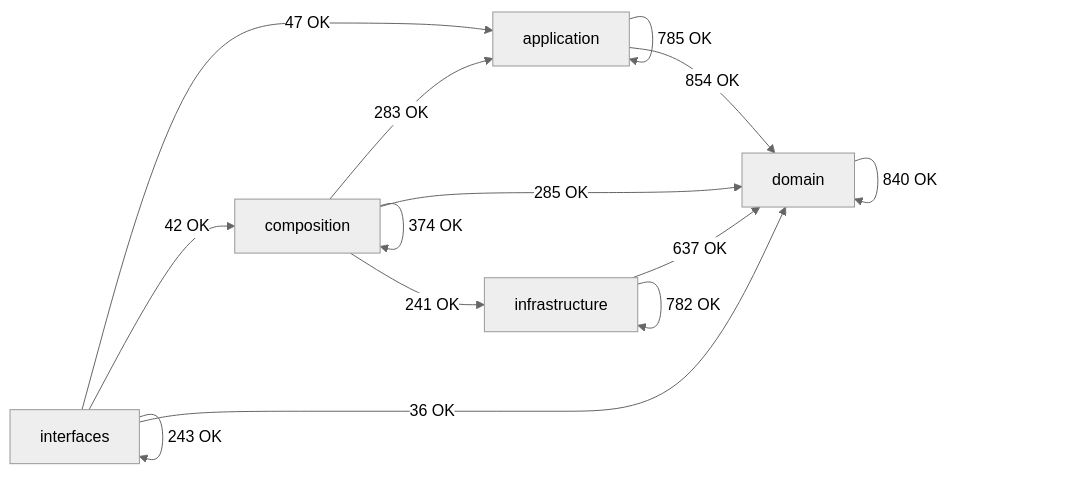
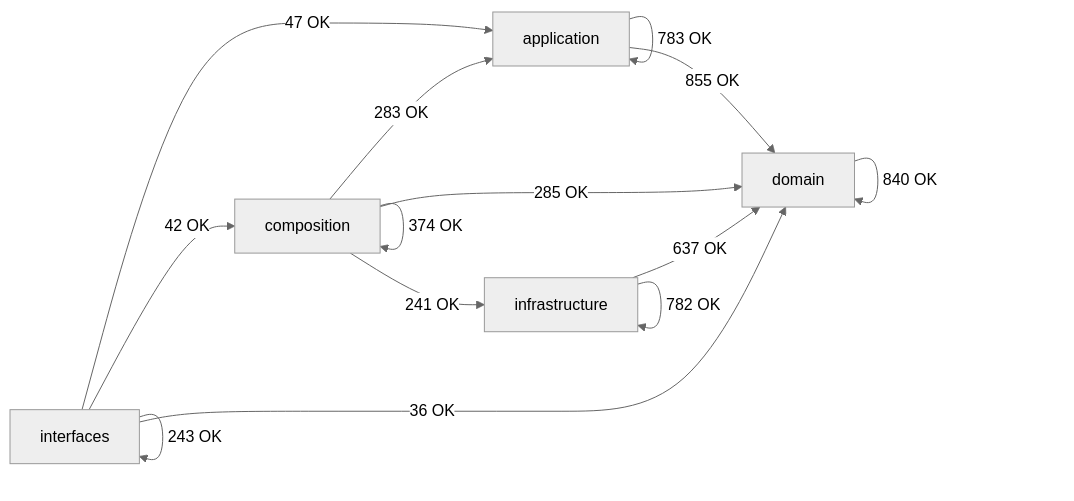
One commit to SatoryKono/BioactivityDataAcquisition changed the diagram in docs/02-architecture/generated/module-dependency-map.md. Above: the diagram before and after it, drawn with Mermaid (neutral theme). The commit also changed other lines of this file and 74 other files, not shown here.

````diff
--- a/docs/02-architecture/generated/module-dependency-map.md
+++ b/docs/02-architecture/generated/module-dependency-map.md
@@ -26,21 +26,21 @@
 ```mermaid
 flowchart LR
     domain[domain]
     application[application]
     infrastructure[infrastructure]
     composition[composition]
     interfaces[interfaces]
-    application -->|785 OK| application
-    application -->|854 OK| domain
+    application -->|783 OK| application
+    application -->|855 OK| domain
     composition -->|283 OK| application
     composition -->|374 OK| composition
     composition -->|285 OK| domain
     composition -->|241 OK| infrastructure
     domain -->|840 OK| domain
     infrastructure -->|637 OK| domain
     infrastructure -->|782 OK| infrastructure
     interfaces -->|47 OK| application
     interfaces -->|42 OK| composition
     interfaces -->|36 OK| domain
     interfaces -->|243 OK| interfaces
 ```
````
